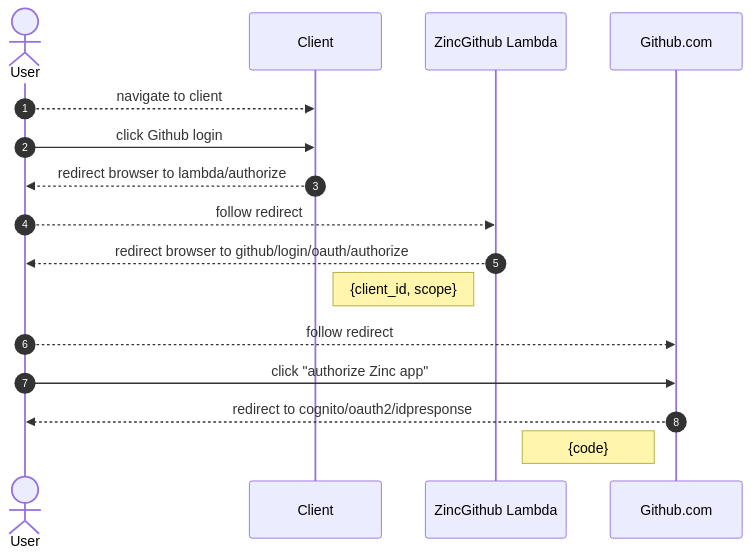
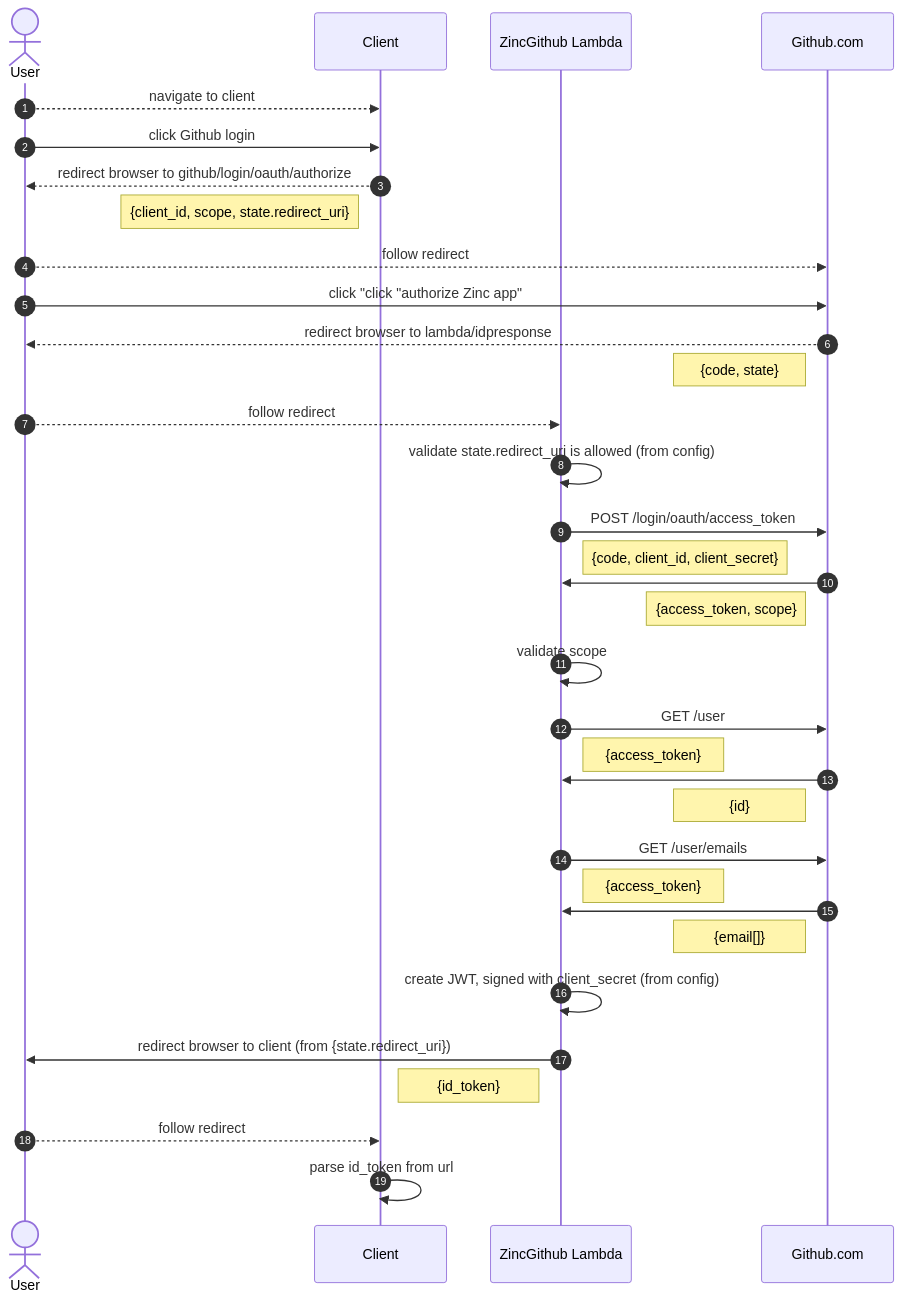
One commit to shorn/zinc changed the diagram in aws-infra/lambda/doc/direct-github-sign-in.md. Above: the diagram before and after it, drawn with Mermaid. The commit also changed other lines of this file and 1 other file, not shown here.

````diff
--- a/aws-infra/lambda/doc/direct-github-sign-in.md
+++ b/aws-infra/lambda/doc/direct-github-sign-in.md
@@ -3,20 +3,38 @@
 ```mermaid
 sequenceDiagram
 autonumber
 actor user as User
 participant client as Client
 participant lambda as ZincGithub Lambda
 participant github as Github.com
 
-    user-->>client: navigate to client
-    user->>client: click Github login
-    client-->>user: redirect browser to lambda/authorize
-    user-->>lambda: follow redirect
-    lambda-->>user: redirect browser to github/login/oauth/authorize
-    note left of lambda: {client_id, scope}
-    user-->>github: follow redirect
-    user->>github: click "authorize Zinc app"
-    github-->>user: redirect to cognito/oauth2/idpresponse
-    note left of github: {code}
+user-->>client: navigate to client
+user->>client: click Github login
+client-->>user: redirect browser to github/login/oauth/authorize
+note left of client: {client_id, scope, state.redirect_uri}
+user-->>github: follow redirect
+user->>github: click "click "authorize Zinc app" 
+github-->>user: redirect browser to lambda/idpresponse
+note left of github: {code, state}
+user-->>lambda: follow redirect
+lambda->>lambda: validate state.redirect_uri is allowed (from config)
+lambda->>github: POST /login/oauth/access_token
+note right of lambda: {code, client_id, client_secret}
+github->>lambda: 
+note left of github: {access_token, scope} 
+lambda->>lambda: validate scope
+lambda->>github: GET /user
+note right of lambda: {access_token}
+github->>lambda: 
+note left of github: {id}
+lambda->>github: GET /user/emails
+note right of lambda: {access_token}
+github->>lambda: 
+note left of github: {email[]}
+lambda->>lambda: create JWT, signed with client_secret (from config)
+lambda->>user: redirect browser to client (from {state.redirect_uri}) 
+note left of lambda: {id_token}
+user-->>client: follow redirect
+client->>client: parse id_token from url
 
 ```
````
